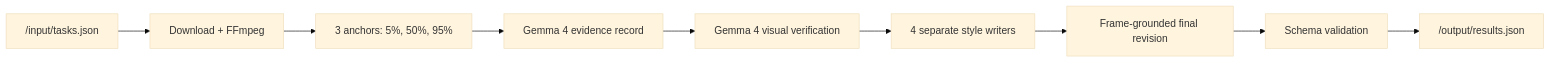
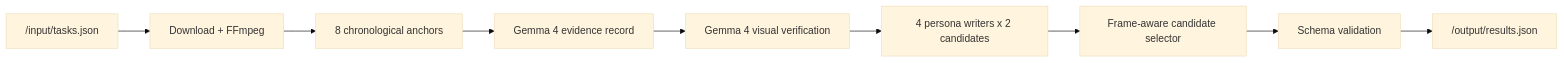
Before and after one commit to tuancookiez-hub/ClioGemma: the diagram in docs/PPT_SLIDE_BRIEF.md, drawn with Mermaid (base theme). The commit also changed other lines of this file and 3 other files, not shown here.

````diff
--- a/docs/PPT_SLIDE_BRIEF.md
+++ b/docs/PPT_SLIDE_BRIEF.md
@@ -45,11 +45,11 @@
 ```mermaid
 flowchart LR
     A["/input/tasks.json"] --> B["Download + FFmpeg"]
-    B --> C["3 anchors: 5%, 50%, 95%"]
+    B --> C["8 chronological anchors"]
     C --> D["Gemma 4 evidence record"]
     D --> E["Gemma 4 visual verification"]
-    E --> F["4 separate style writers"]
-    F --> G["Frame-grounded final revision"]
+    E --> F["4 persona writers x 2 candidates"]
+    F --> G["Frame-aware candidate selector"]
     G --> H["Schema validation"]
     H --> I["/output/results.json"]
 ```
````
